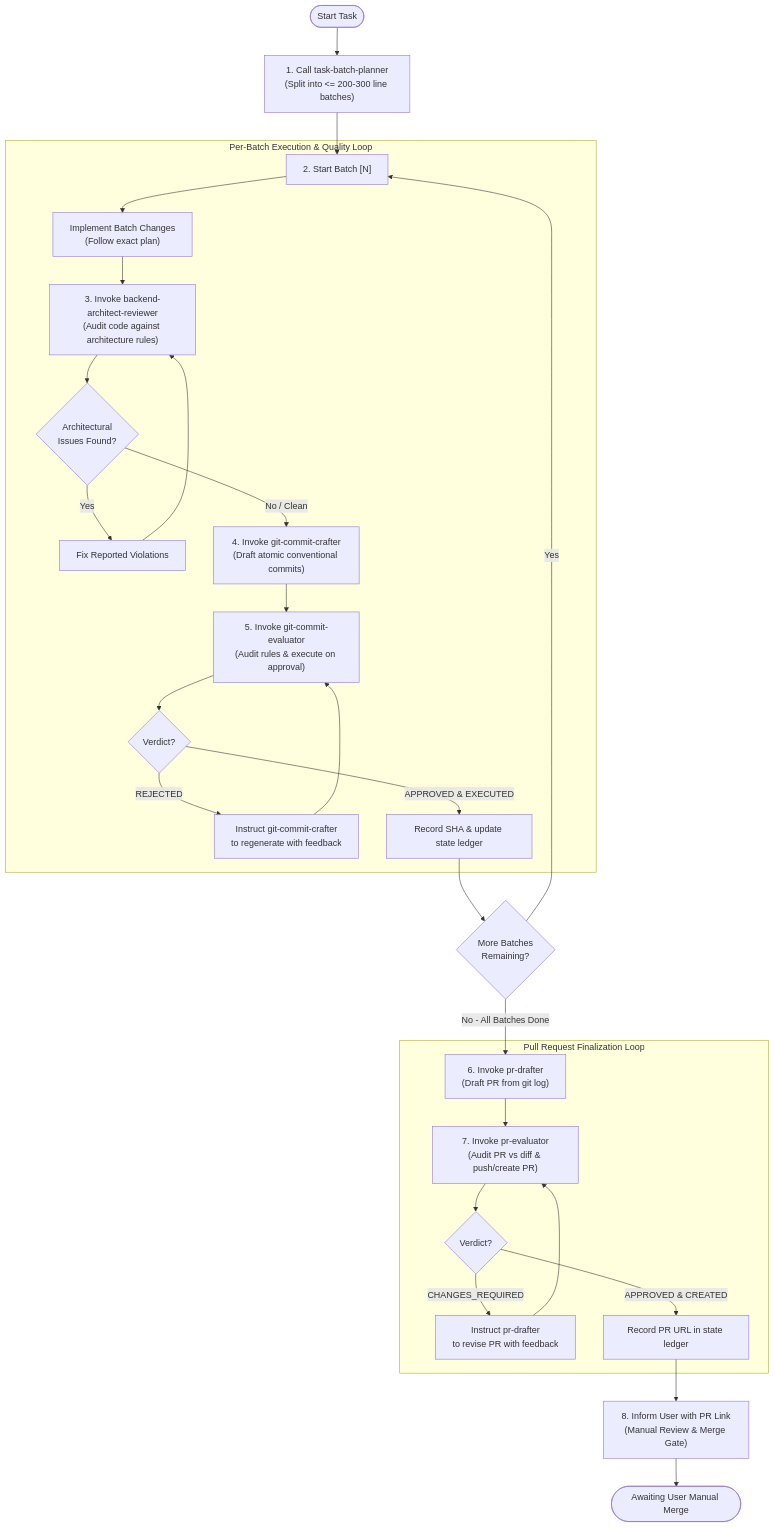
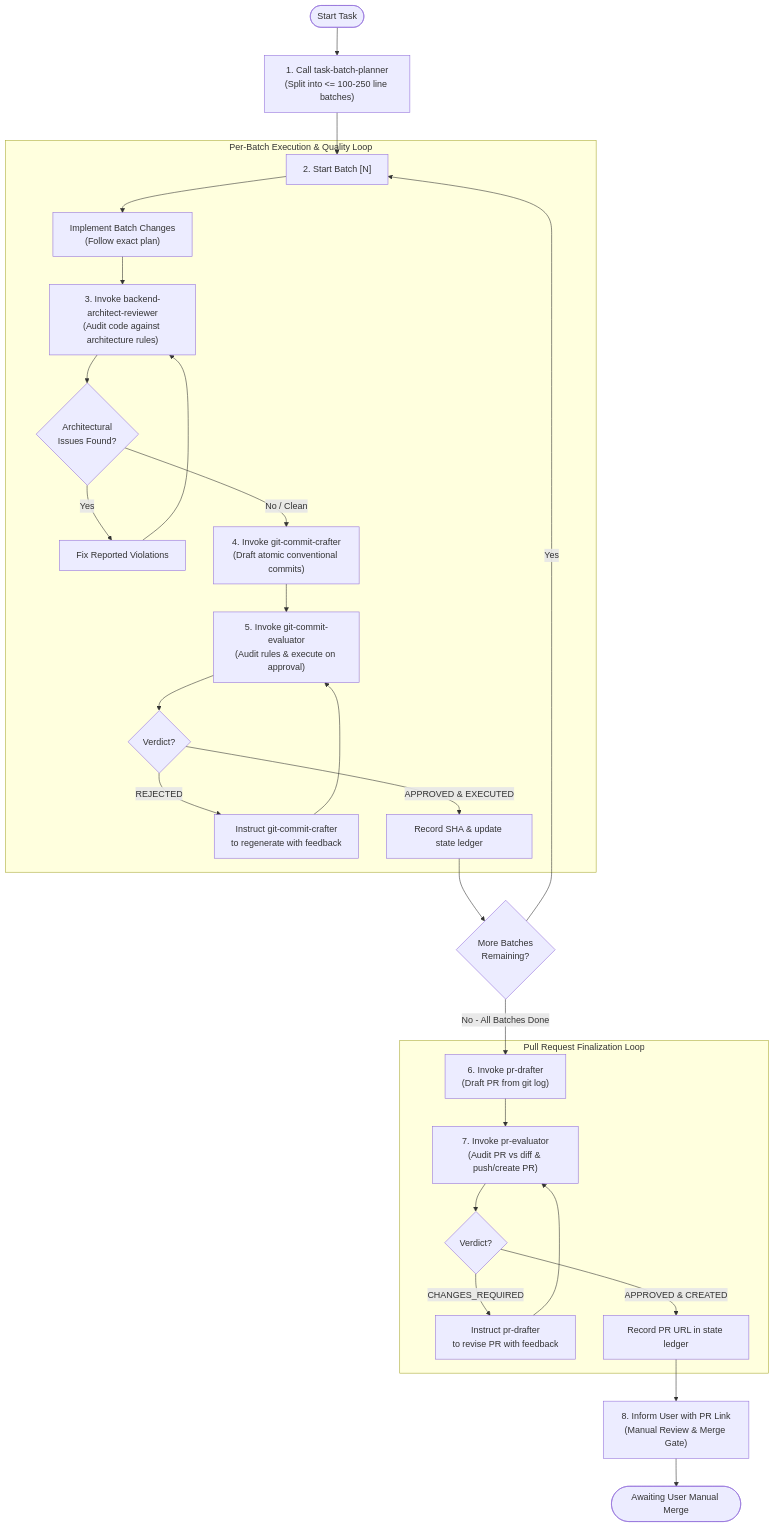
The diagram in .agents/agents/orchestrator/pipeline-orchestrator.md (Althaf-vt/MentorQ), drawn with Mermaid before and after one commit. The commit also changed other lines of this file, not shown here.

````diff
--- a/.agents/agents/orchestrator/pipeline-orchestrator.md
+++ b/.agents/agents/orchestrator/pipeline-orchestrator.md
@@ -55,32 +56,32 @@
 ```mermaid
 flowchart TD
-    Start([Start Task]) --> Plan["1. Call task-batch-planner\n(Split into <= 200-300 line batches)"]
+    Start([Start Task]) --> Plan["1. Call task-batch-planner\n(Split into <= 100-250 line batches)"]
     Plan --> BatchStart["2. Start Batch [N]"]
 
     subgraph BatchLoop ["Per-Batch Execution & Quality Loop"]
         BatchStart --> Implement["Implement Batch Changes\n(Follow exact plan)"]
         Implement --> ArchReview["3. Invoke backend-architect-reviewer\n(Audit code against architecture rules)"]
         ArchReview --> ArchCheck{"Architectural\nIssues Found?"}
         ArchCheck -->|Yes| FixCode["Fix Reported Violations"] --> ArchReview
         ArchCheck -->|No / Clean| CommitCraft["4. Invoke git-commit-crafter\n(Draft atomic conventional commits)"]
         
         CommitCraft --> CommitEval["5. Invoke git-commit-evaluator\n(Audit rules & execute on approval)"]
         CommitEval --> CommitCheck{"Verdict?"}
         CommitCheck -->|REJECTED| FixCommit["Instruct git-commit-crafter\nto regenerate with feedback"] --> CommitEval
         CommitCheck -->|APPROVED & EXECUTED| BatchRecord["Record SHA & update state ledger"]
     end
 
     BatchRecord --> HasMore{"More Batches\nRemaining?"}
     HasMore -->|Yes| BatchStart
     HasMore -->|No - All Batches Done| PRDraft["6. Invoke pr-drafter\n(Draft PR from git log)"]
 
     subgraph PRLoop ["Pull Request Finalization Loop"]
         PRDraft --> PREval["7. Invoke pr-evaluator\n(Audit PR vs diff & push/create PR)"]
         PREval --> PRCheck{"Verdict?"}
         PRCheck -->|CHANGES_REQUIRED| FixPR["Instruct pr-drafter\nto revise PR with feedback"] --> PREval
         PRCheck -->|APPROVED & CREATED| PRRecord["Record PR URL in state ledger"]
     end
 
     PRRecord --> UserHandOff["8. Inform User with PR Link\n(Manual Review & Merge Gate)"]
     UserHandOff --> Done([Awaiting User Manual Merge])
 ```
````
